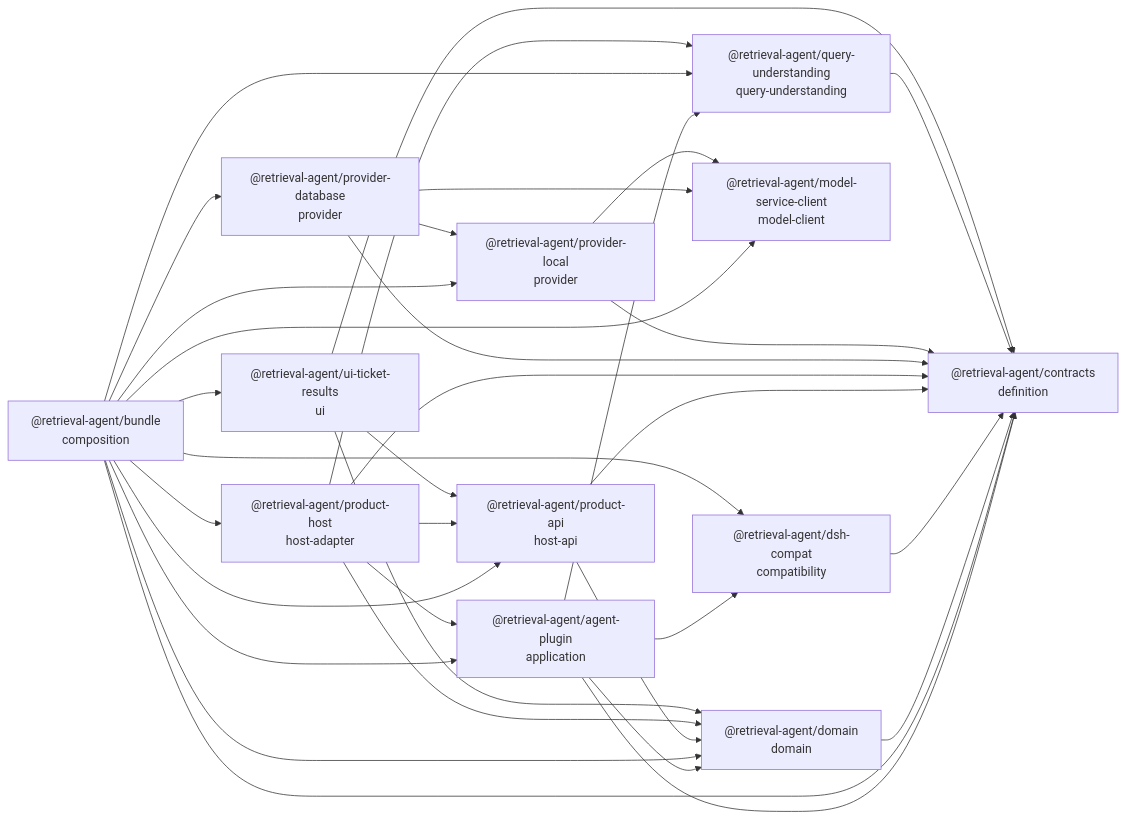
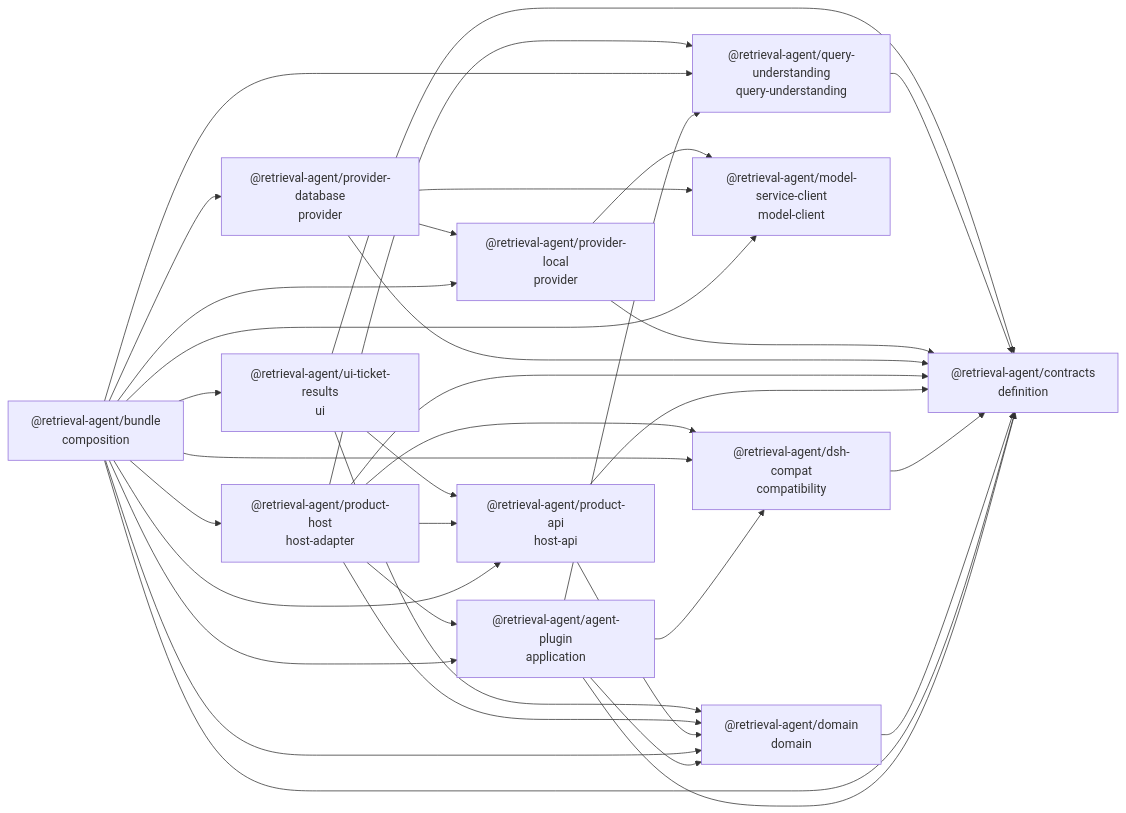
One commit to Merak-Wang/CaseWeave changed the diagram in docs/WORKSPACE_GRAPH.md. Above: the diagram before and after it, drawn with Mermaid. The commit also changed other lines of this file and 263 other files, not shown here.

````diff
--- a/docs/WORKSPACE_GRAPH.md
+++ b/docs/WORKSPACE_GRAPH.md
@@ -6,48 +6,49 @@
 ```mermaid
 flowchart LR
   agent_plugin["@retrieval-agent/agent-plugin<br/>application"]
   bundle["@retrieval-agent/bundle<br/>composition"]
   contracts["@retrieval-agent/contracts<br/>definition"]
   domain["@retrieval-agent/domain<br/>domain"]
   dsh_compat["@retrieval-agent/dsh-compat<br/>compatibility"]
   model_service_client["@retrieval-agent/model-service-client<br/>model-client"]
   product_api["@retrieval-agent/product-api<br/>host-api"]
   product_host["@retrieval-agent/product-host<br/>host-adapter"]
   provider_database["@retrieval-agent/provider-database<br/>provider"]
   provider_local["@retrieval-agent/provider-local<br/>provider"]
   query_understanding["@retrieval-agent/query-understanding<br/>query-understanding"]
   ui_ticket_results["@retrieval-agent/ui-ticket-results<br/>ui"]
   agent_plugin --> contracts
   agent_plugin --> domain
   agent_plugin --> dsh_compat
   agent_plugin --> query_understanding
   bundle --> agent_plugin
   bundle --> contracts
   bundle --> domain
   bundle --> dsh_compat
   bundle --> model_service_client
   bundle --> product_api
   bundle --> product_host
   bundle --> provider_database
   bundle --> provider_local
   bundle --> query_understanding
   bundle --> ui_ticket_results
   domain --> contracts
   dsh_compat --> contracts
   product_api --> contracts
   product_api --> domain
   product_host --> agent_plugin
   product_host --> contracts
   product_host --> domain
+  product_host --> dsh_compat
   product_host --> product_api
   product_host --> query_understanding
   provider_database --> contracts
   provider_database --> model_service_client
   provider_database --> provider_local
   provider_local --> contracts
   provider_local --> model_service_client
   query_understanding --> contracts
   ui_ticket_results --> contracts
   ui_ticket_results --> domain
   ui_ticket_results --> product_api
 ```
````
